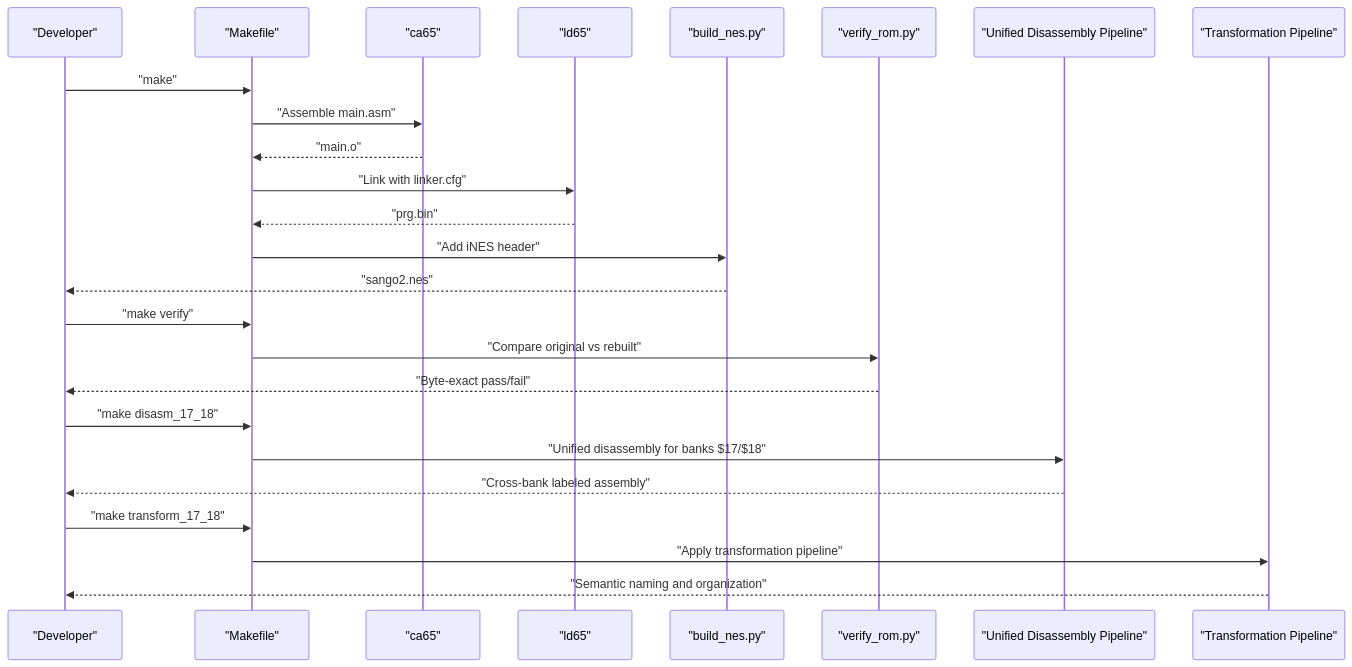
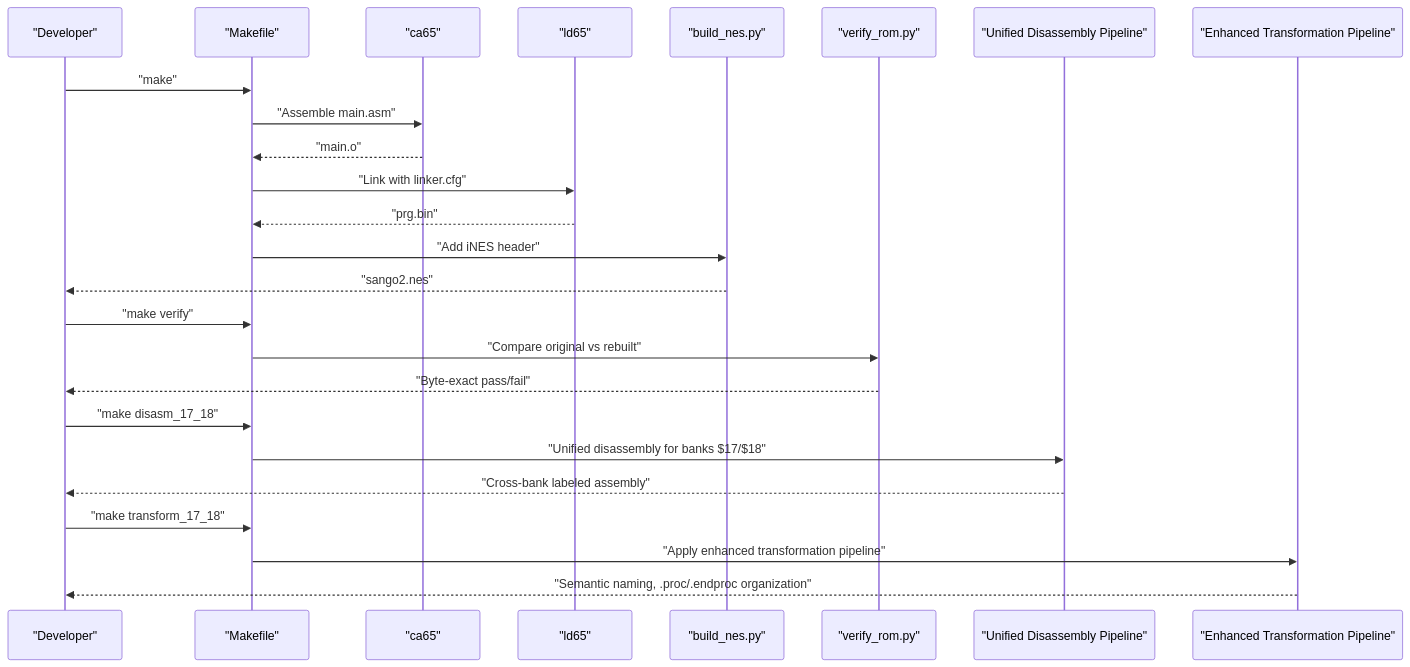
The second of 12 diagrams in .qoder/repowiki/en/content/Build System and Tools/Build System and Tools.md (rabbyzero/sango2dasm), drawn with Mermaid before and after one commit. The commit also changed other lines of this file and 20 other files, not shown here.

````diff
--- a/.qoder/repowiki/en/content/Build System and Tools/Build System and Tools.md
+++ b/.qoder/repowiki/en/content/Build System and Tools/Build System and Tools.md
@@ -223,27 +232,27 @@
 ```mermaid
 sequenceDiagram
 participant Dev as "Developer"
 participant MK as "Makefile"
 participant CA as "ca65"
 participant LD as "ld65"
 participant BN as "build_nes.py"
 participant VR as "verify_rom.py"
 participant UD as "Unified Disassembly Pipeline"
-participant TP as "Transformation Pipeline"
+participant TP as "Enhanced Transformation Pipeline"
 Dev->>MK : "make"
 MK->>CA : "Assemble main.asm"
 CA-->>MK : "main.o"
 MK->>LD : "Link with linker.cfg"
 LD-->>MK : "prg.bin"
 MK->>BN : "Add iNES header"
 BN-->>Dev : "sango2.nes"
 Dev->>MK : "make verify"
 MK->>VR : "Compare original vs rebuilt"
 VR-->>Dev : "Byte-exact pass/fail"
 Dev->>MK : "make disasm_17_18"
 MK->>UD : "Unified disassembly for banks $17/$18"
 UD-->>Dev : "Cross-bank labeled assembly"
 Dev->>MK : "make transform_17_18"
-MK->>TP : "Apply transformation pipeline"
-TP-->>Dev : "Semantic naming and organization"
+MK->>TP : "Apply enhanced transformation pipeline"
+TP-->>Dev : "Semantic naming, .proc/.endproc organization"
 ```
````
